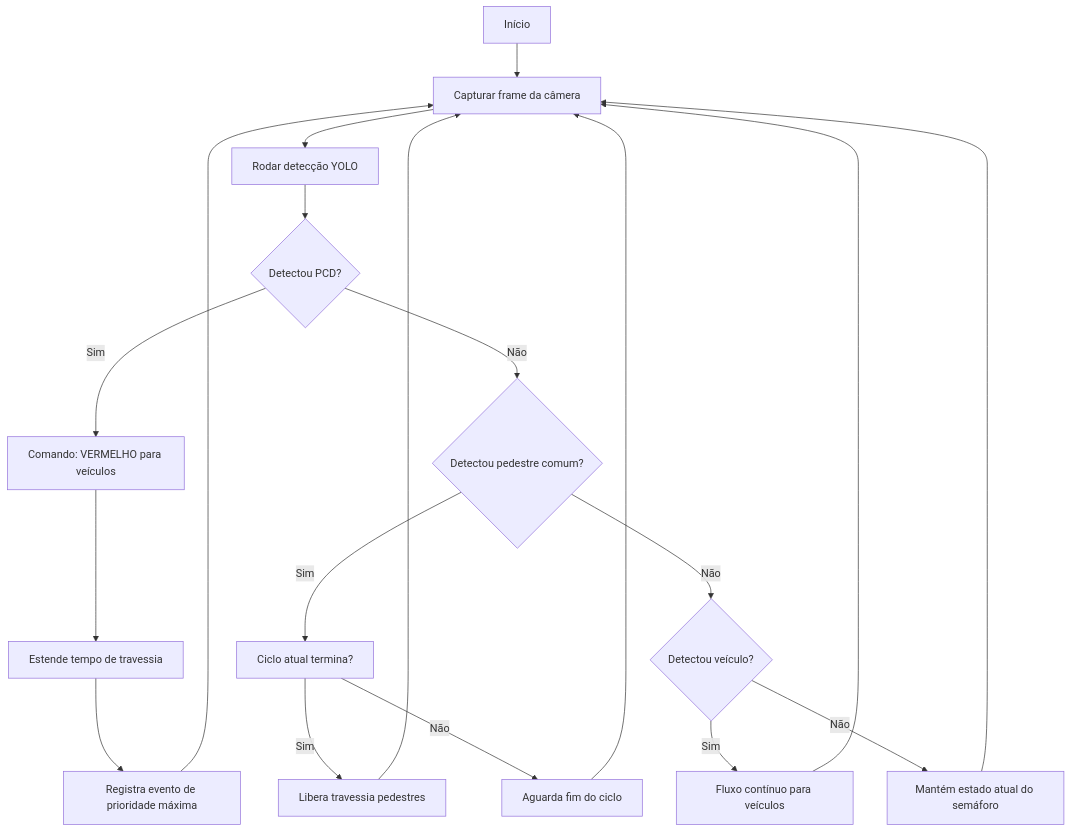
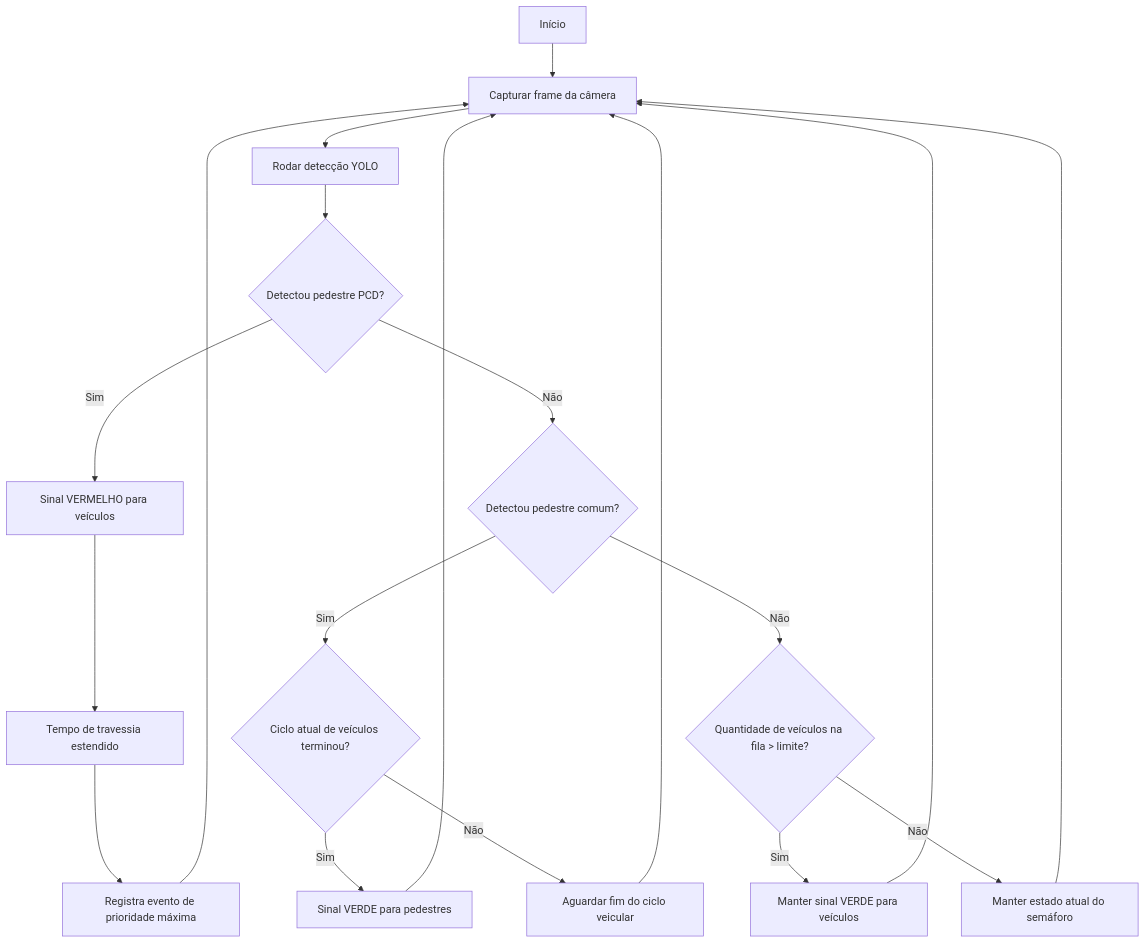
Before and after one commit to smartraffic-team/.github: the diagram in profile/README.md, drawn with Mermaid.

Commit message:
Update .github

````diff
--- a/profile/README.md
+++ b/profile/README.md
@@ -52,25 +52,25 @@
 ```mermaid
 flowchart TD
     A[Início] --> B[Capturar frame da câmera]
     B --> C[Rodar detecção YOLO]
-    C --> D{Detectou PCD?}
+    C --> D{Detectou pedestre PCD?}
     
-    D -- Sim --> E[Comando: VERMELHO para veículos]
-    E --> F[Estende tempo de travessia]
+    D -- Sim --> E[Sinal VERMELHO para veículos]
+    E --> F[Tempo de travessia estendido]
     F --> G[Registra evento de prioridade máxima]
     G --> B
 
     D -- Não --> H{Detectou pedestre comum?}
-    H -- Sim --> I[Ciclo atual termina?]
-    I -- Sim --> J[Libera travessia pedestres]
+    H -- Sim --> I{Ciclo atual de veículos terminou?}
+    I -- Sim --> J[Sinal VERDE para pedestres]
     J --> B
-    I -- Não --> K[Aguarda fim do ciclo]
+    I -- Não --> K[Aguardar fim do ciclo veicular]
     K --> B
 
-    H -- Não --> L{Detectou veículo?}
-    L -- Sim --> M[Fluxo contínuo para veículos]
+    H -- Não --> L{Quantidade de veículos na fila > limite?}
+    L -- Sim --> M[Manter sinal VERDE para veículos]
     M --> B
 
-    L -- Não --> N[Mantém estado atual do semáforo]
+    L -- Não --> N[Manter estado atual do semáforo]
     N --> B
 ```
````
